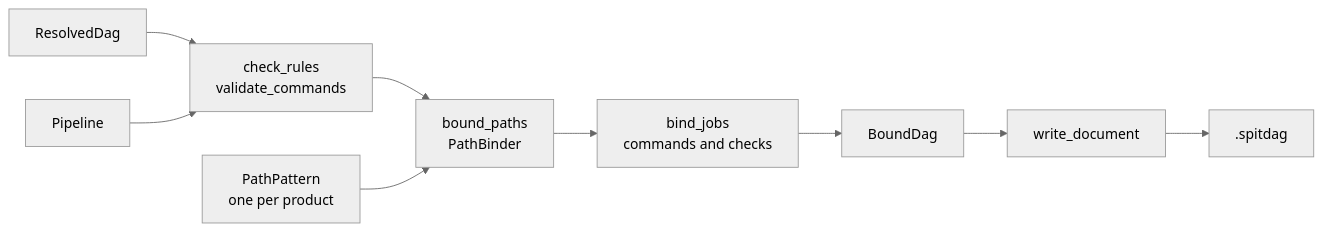
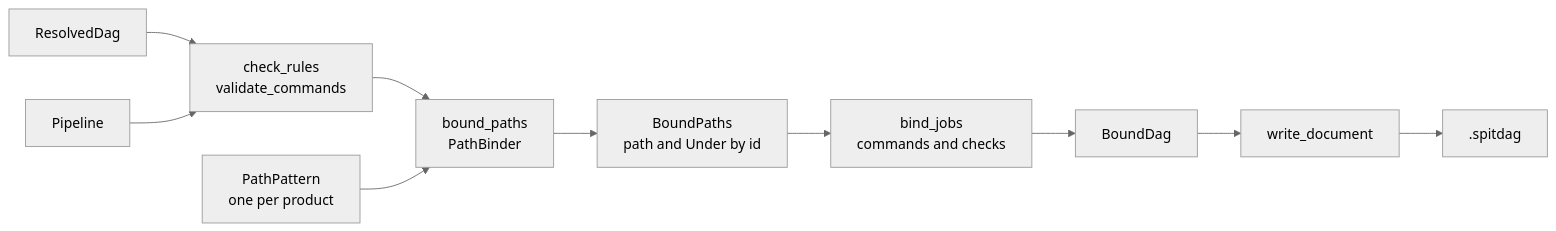
One commit to eclnz/spit changed the diagram in docs/architecture/binding.md. Above: the diagram before and after it, drawn with Mermaid (neutral theme). The commit also changed other lines of this file and 42 other files, not shown here.

````diff
--- a/docs/architecture/binding.md
+++ b/docs/architecture/binding.md
@@ -5,11 +5,12 @@
 ```mermaid
 flowchart LR
     dag["ResolvedDag"] --> rules["check_rules<br/>validate_commands"]
     pipeline["Pipeline"] --> rules
     rules --> paths["bound_paths<br/>PathBinder"]
+    paths --> boundpaths["BoundPaths<br/>path and Under by id"]
     pattern["PathPattern<br/>one per product"] --> paths
-    paths --> jobs["bind_jobs<br/>commands and checks"]
+    boundpaths --> jobs["bind_jobs<br/>commands and checks"]
     jobs --> bound["BoundDag"]
     bound --> write["write_document"]
     write --> file[".spitdag"]
 ```
````
